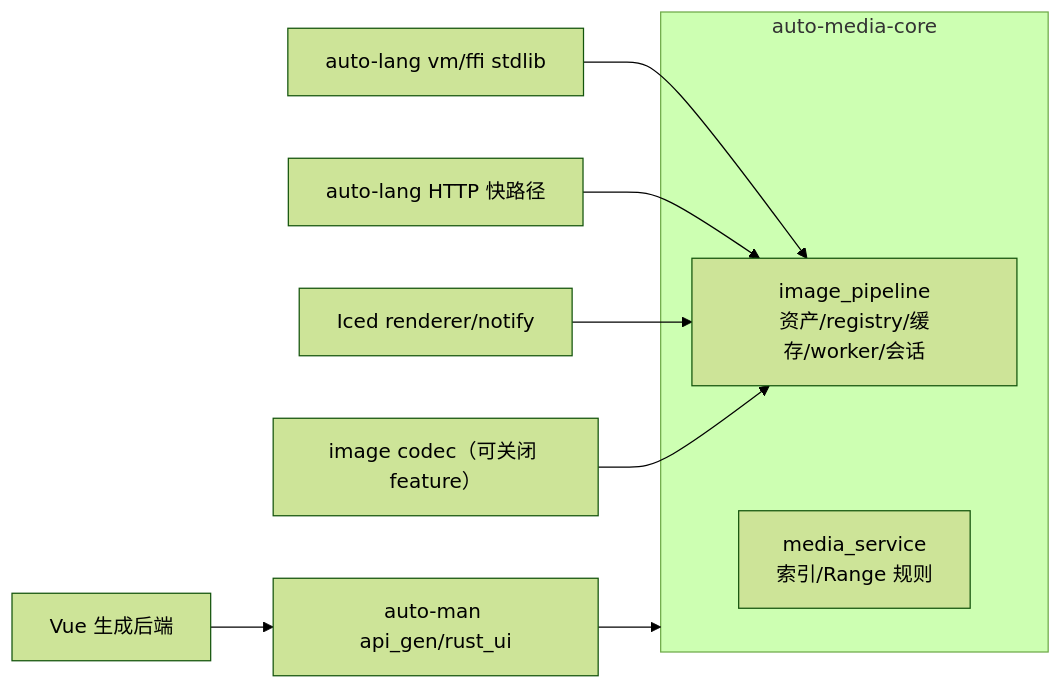
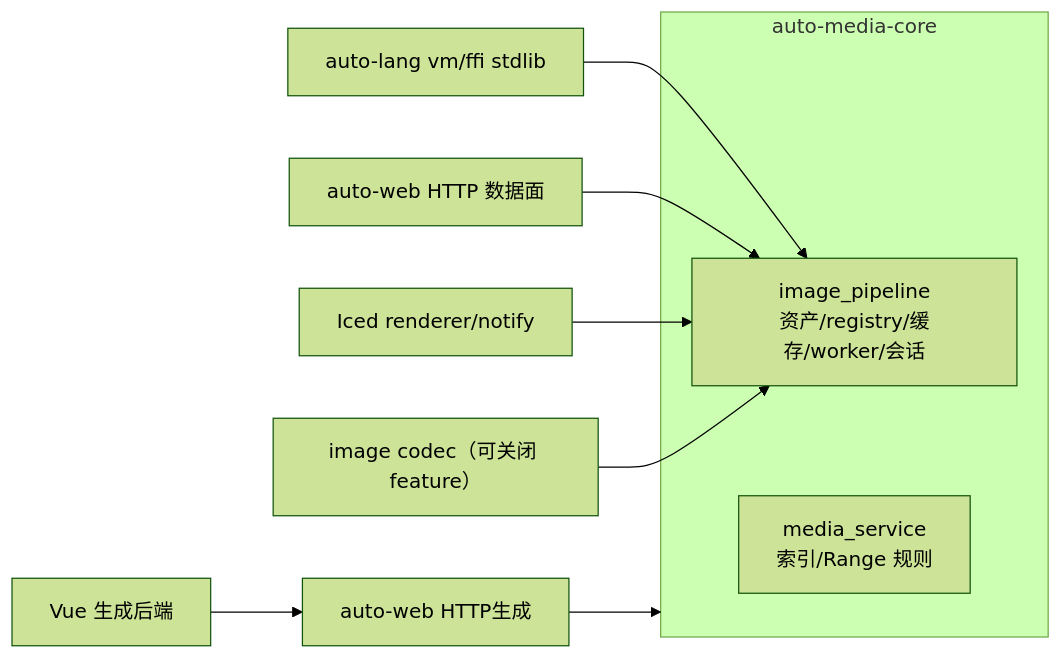
One commit to auto-stack/auto-lang changed the diagram in docs/specs/auto-media-core/project.md. Above: the diagram before and after it, drawn with Mermaid (forest theme). The commit also changed other lines of this file and 28 other files, not shown here.

````diff
--- a/docs/specs/auto-media-core/project.md
+++ b/docs/specs/auto-media-core/project.md
@@ -14,13 +14,13 @@
 ```mermaid
 graph LR
     subgraph core[auto-media-core]
       ip[image_pipeline<br/>资产/registry/缓存/worker/会话]
       ms[media_service<br/>索引/Range 规则]
     end
     vm[auto-lang vm/ffi stdlib] --> ip
-    http[auto-lang HTTP 快路径] --> ip
-    man[auto-man api_gen/rust_ui] --> core
+    http[auto-web HTTP 数据面] --> ip
+    web[auto-web HTTP生成] --> core
     iced[Iced renderer/notify] --> ip
-    vue[Vue 生成后端] --> man
+    vue[Vue 生成后端] --> web
     codec[image codec（可关闭 feature）] --> ip
 ```
````
